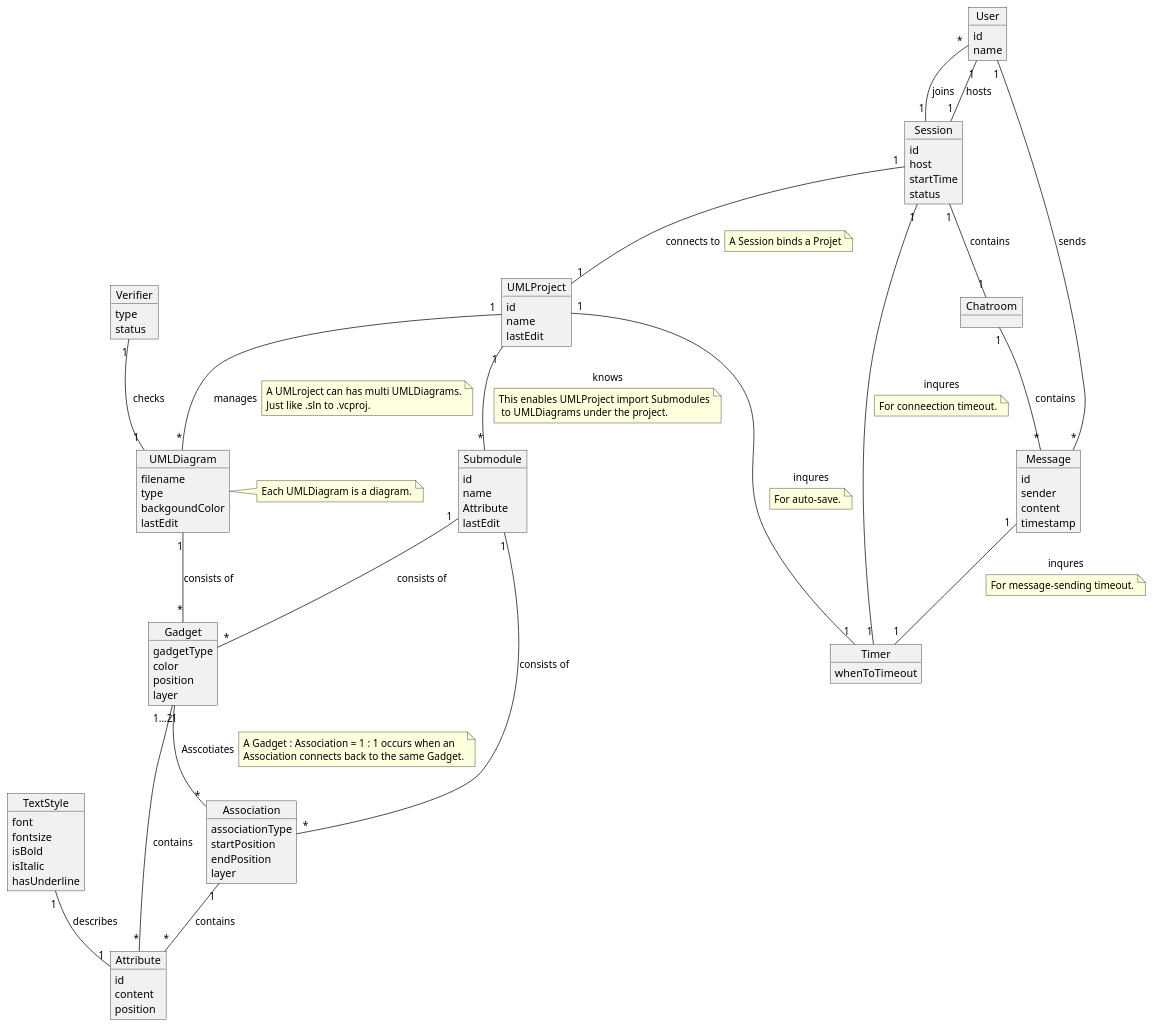
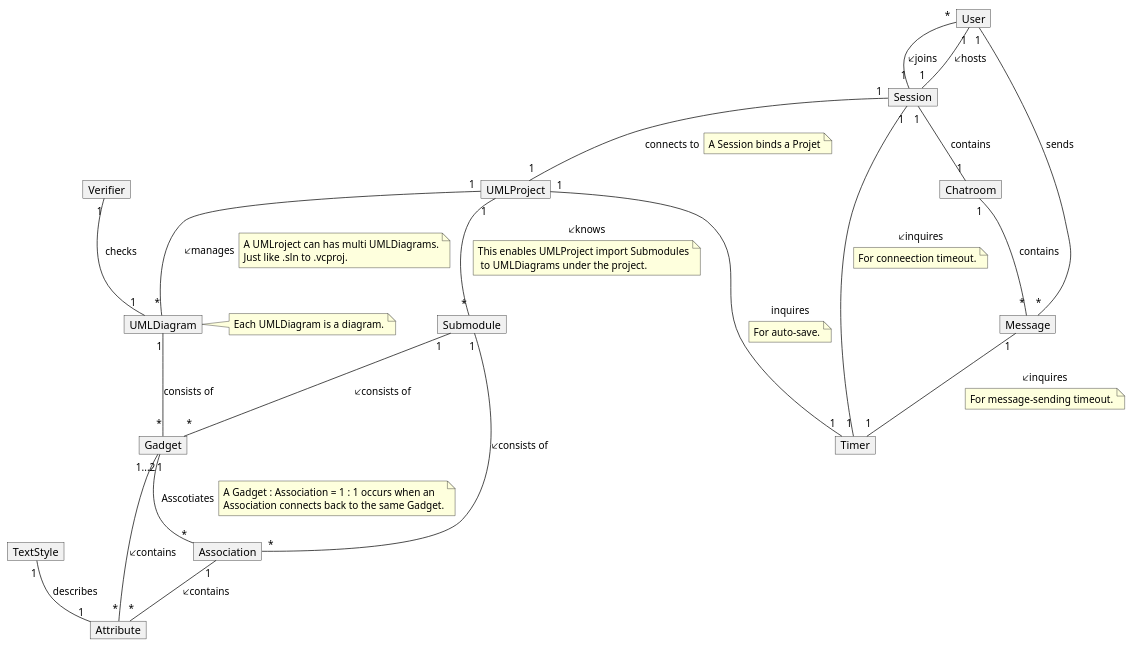
The diagram in docs/graphs/dm.iuml (Vghxv/Dr.UML__________________), drawn with PlantUML before and after one commit. The commit also changed 5 other files, not shown here.

```diff
--- a/docs/graphs/dm.iuml
+++ b/docs/graphs/dm.iuml
@@ -1,141 +1,141 @@
 @startuml
 hide circle
 'hide method
-'hide attribute
+hide attribute
 'hide link
 
 
     object User {
         id
         name
     }
 
     object UMLProject {
         id
         name
         lastEdit
     }
 
     object UMLDiagram {
         filename
         type
         backgoundColor
         lastEdit
     }
     note right
         Each UMLDiagram is a diagram.
     end note
 
     object Gadget {
         gadgetType
         color
         position
         layer
     }
 
     object Association {
         associationType
         startPosition
         endPosition
         layer
     }
 
     object Submodule {
         id
         name
         Attribute
         lastEdit
     }
 
     object Session {
         id
         host
         startTime
         status
     }
 
     object Chatroom {
 
     }
 
     object Message {
         id
         sender
         content
         timestamp
     }
 
     object Attribute {
         id
         content
         position
     }
 
     object TextStyle {
         font
         fontsize
         isBold
         isItalic
         hasUnderline
     }
 
     object Timer {
         whenToTimeout
     }
 
 
     object Verifier {
         type
         status
     }
 
 
-    UMLProject "1" -- "*" UMLDiagram : manages
+    UMLProject "1" -- "*" UMLDiagram : 🡧manages
     note right on link
         A UMLroject can has multi UMLDiagrams.
         Just like .sln to .vcproj.
     end note
 
     UMLDiagram "1" -- "*" Gadget : consists of
-    Submodule "1" -- "*" Gadget : consists of
-    Submodule "1" -- "*" Association : consists of
-    Gadget "1" -- "*" Attribute : contains
-    Association  "1" -- "*" Attribute : contains
+    Submodule "1" -- "*" Gadget : 🡧consists of
+    Submodule "1" -- "*" Association : 🡧consists of
+    Gadget "1" -- "*" Attribute : 🡧contains
+    Association  "1" -- "*" Attribute : 🡧contains
     Gadget "1...2" -- "*" Association : Asscotiates
     note right on link
         A Gadget : Association = 1 : 1 occurs when an
         Association connects back to the same Gadget.
     end note
-    UMLProject  "1" -- "*" Submodule : knows
+    UMLProject  "1" -- "*" Submodule : 🡧knows
     note bottom on link
         This enables UMLProject import Submodules
          to UMLDiagrams under the project.
     end note
 
-    User "1" -- "1" Session : hosts
-    User  "*" -- "1" Session : joins
+    User "1" -- "1" Session : 🡧hosts
+    User  "*" -- "1" Session : 🡧joins
     Session "1" -- "1" UMLProject : connects to
     note right on link
         A Session binds a Projet
     end note
     Session "1" -- "1" Chatroom : contains
     Chatroom "1" -- "*" Message : contains
     User "1" -- "*" Message : sends
     TextStyle "1" -- "1" Attribute : describes
-    UMLProject "1" -- "1" Timer : inqures
+    UMLProject "1" -- "1" Timer : inquires
     note bottom on link
         For auto-save.
     end note
-    Session "1" -- "1" Timer : inqures
+    Session "1" -- "1" Timer : 🡧inquires
     note bottom on link
             For conneection timeout.
     end note
-    Message "1" -- "1" Timer : inqures
+    Message "1" -- "1" Timer : 🡧inquires
     note bottom on link
             For message-sending timeout.
     end note
     Verifier "1" -- "1" UMLDiagram : checks
 
 
 
 @endtuml
```
